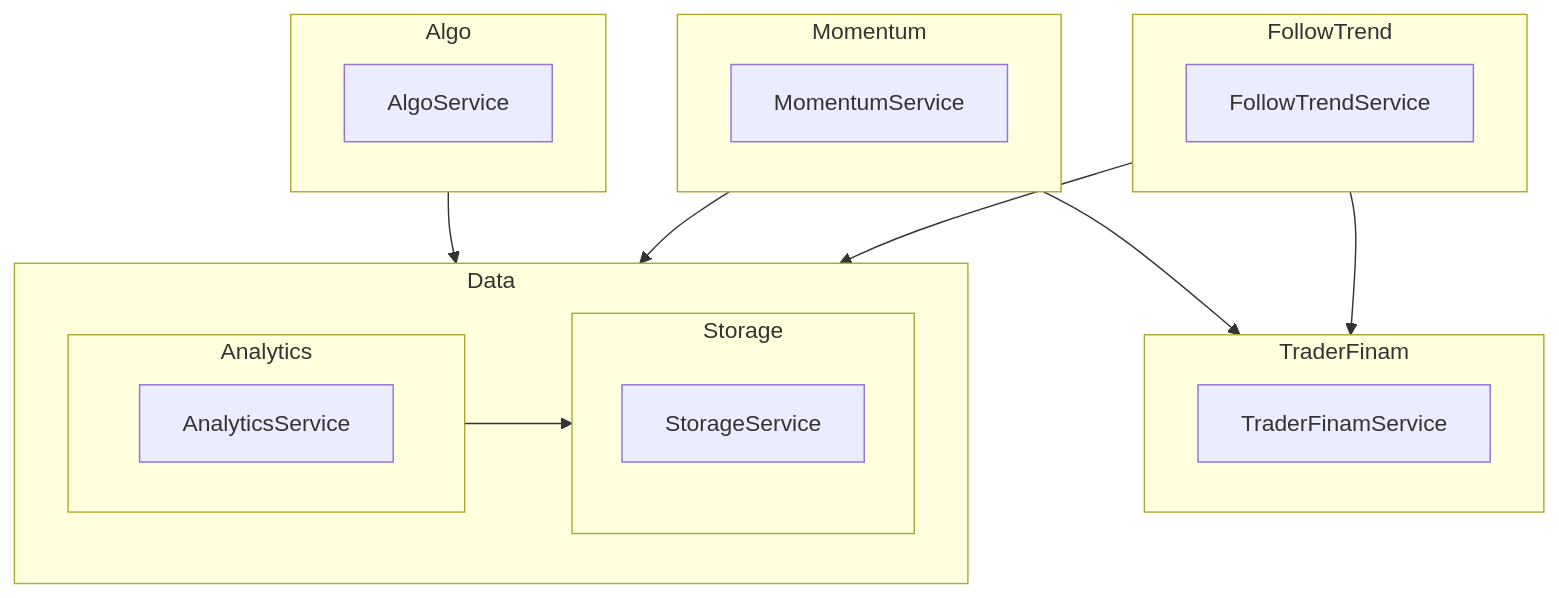
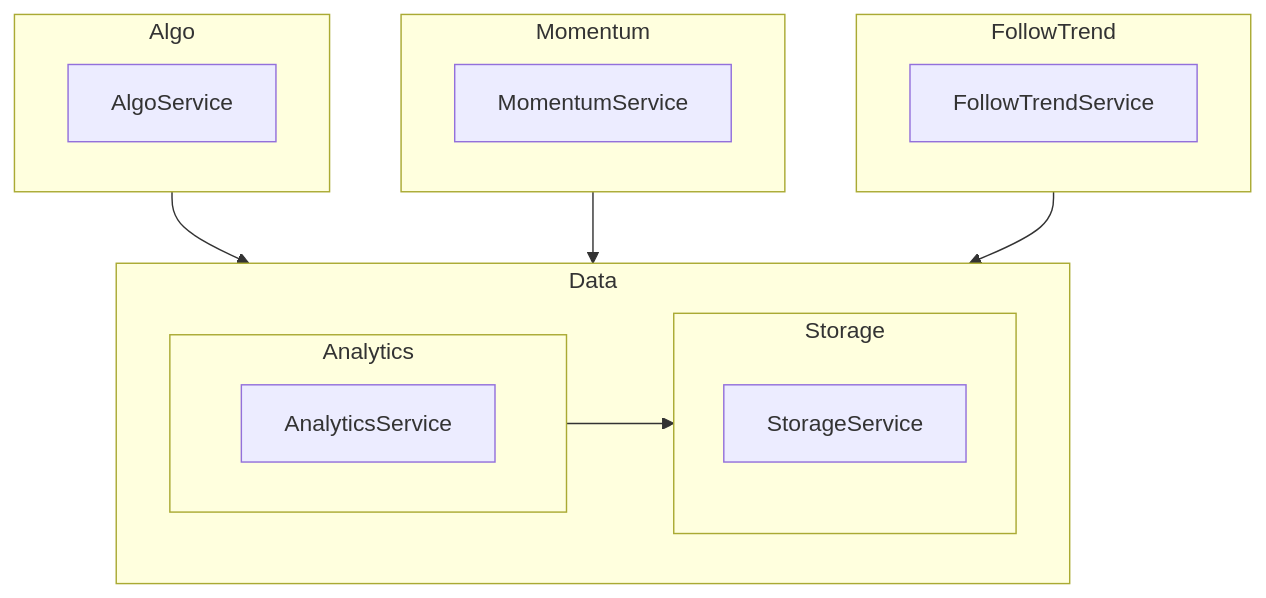
The diagram in Сетевая схема.md (oid85/Oid85.FinMarket.KnowledgeBase), drawn with Mermaid before and after one commit. The commit also changed 1 other file, not shown here.

````diff
--- a/Сетевая схема.md
+++ b/Сетевая схема.md
@@ -1,40 +1,33 @@
 ```mermaid
 flowchart TB
   subgraph Data
     Storage
     Analytics
   end
 
   subgraph Storage
     StorageService
   end
 
   subgraph Analytics
     AnalyticsService
   end
 
   subgraph Algo
     AlgoService
   end
 
   subgraph Momentum
     MomentumService
   end
 
   subgraph FollowTrend
     FollowTrendService
   end
 
-  subgraph TraderFinam
-    TraderFinamService    
-  end
-
     Analytics-->Storage
     
     Algo-->Data   
     Momentum-->Data
     FollowTrend-->Data
-    
-    Momentum-->TraderFinam 
-    FollowTrend-->TraderFinam 
 ```
````
